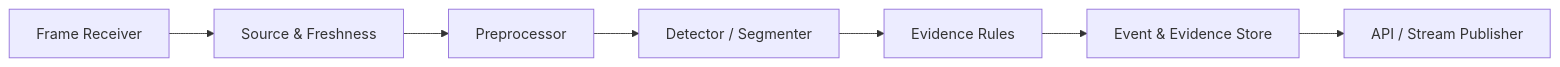
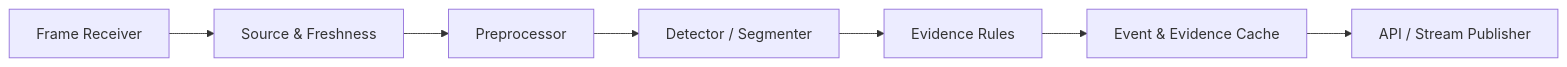
The second of 2 diagrams in ai-server/docs/responsibility.md (eduwing-robotics/ros2-ai-amr-repo3), drawn with Mermaid before and after one commit. The commit also changed 6 other files, not shown here.

````diff
--- a/ai-server/docs/responsibility.md
+++ b/ai-server/docs/responsibility.md
@@ -49,9 +49,9 @@
 ```mermaid
 flowchart LR
     Input[Frame Receiver] --> Source[Source & Freshness]
     Source --> Prep[Preprocessor]
     Prep --> Model[Detector / Segmenter]
     Model --> Rule[Evidence Rules]
-    Rule --> Store[Event & Evidence Store]
-    Store --> Output[API / Stream Publisher]
+    Rule --> Cache[Event & Evidence Cache]
+    Cache --> Output[API / Stream Publisher]
 ```
````
